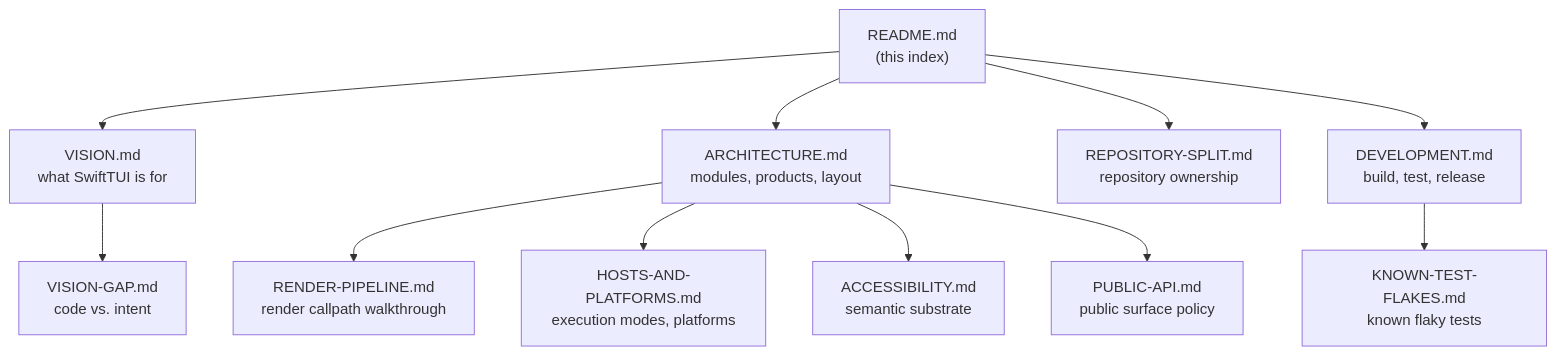
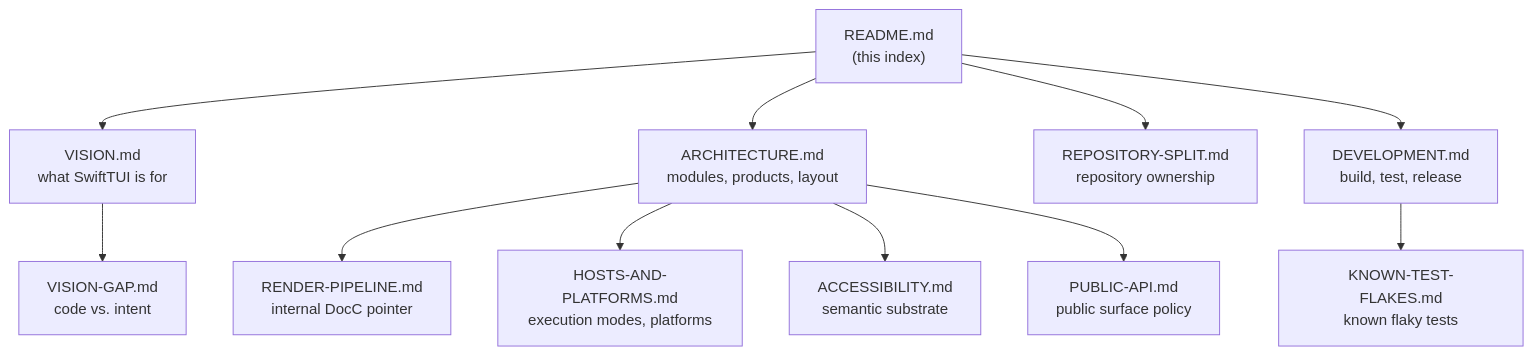
Before and after one commit to SwiftTUI/swift-tui: the diagram in docs/README.md, drawn with Mermaid. The commit also changed other lines of this file and 5 other files, not shown here.

````diff
--- a/docs/README.md
+++ b/docs/README.md
@@ -14,25 +14,25 @@
 ```mermaid
 flowchart TD
     README["README.md<br/>(this index)"]
     VISION["VISION.md<br/>what SwiftTUI is for"]
     GAP["VISION-GAP.md<br/>code vs. intent"]
     ARCH["ARCHITECTURE.md<br/>modules, products, layout"]
     SPLIT["REPOSITORY-SPLIT.md<br/>repository ownership"]
-    PIPE["RENDER-PIPELINE.md<br/>render callpath walkthrough"]
+    PIPE["RENDER-PIPELINE.md<br/>internal DocC pointer"]
     HOSTS["HOSTS-AND-PLATFORMS.md<br/>execution modes, platforms"]
     A11Y["ACCESSIBILITY.md<br/>semantic substrate"]
     API["PUBLIC-API.md<br/>public surface policy"]
     DEV["DEVELOPMENT.md<br/>build, test, release"]
     FLAKES["KNOWN-TEST-FLAKES.md<br/>known flaky tests"]
 
     README --> VISION
     README --> ARCH
     README --> SPLIT
     README --> DEV
     VISION --> GAP
     ARCH --> PIPE
     ARCH --> HOSTS
     ARCH --> A11Y
     ARCH --> API
     DEV --> FLAKES
 ```
````
